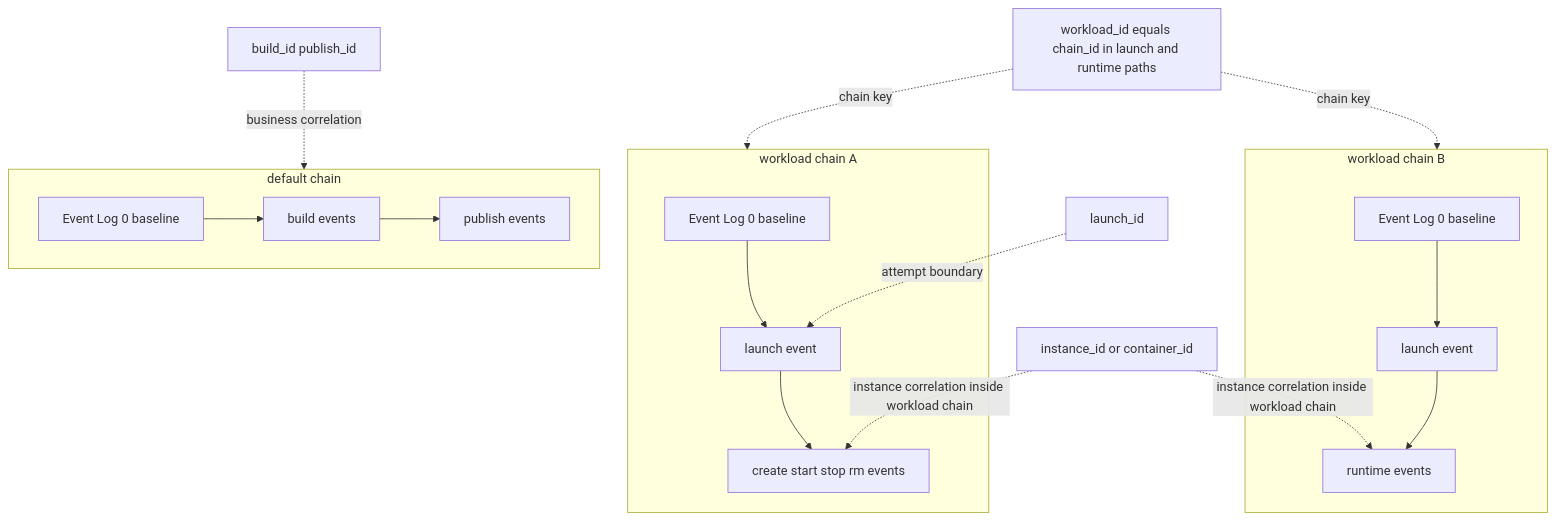
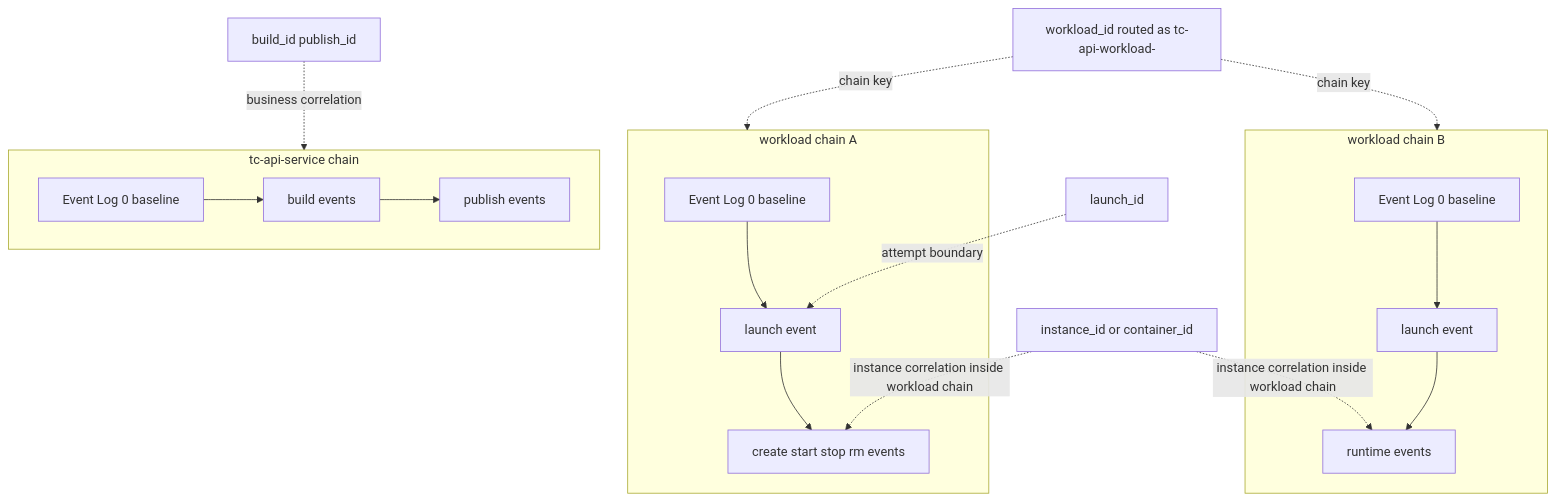
Before and after one commit to intel/confidential-computing-zoo: the fifth of 6 diagrams in docs/architecture.md, drawn with Mermaid. The commit also changed other lines of this file and 14 other files, not shown here.

````diff
--- a/docs/architecture.md
+++ b/docs/architecture.md
@@ -128,30 +128,30 @@
 ```mermaid
 flowchart TB
-  subgraph DEFAULT[default chain]
+  subgraph SERVICE[tc-api-service chain]
     d0[Event Log 0 baseline]
     d1[build events]
     d2[publish events]
     d0 --> d1 --> d2
   end
 
   subgraph W1[workload chain A]
     w10[Event Log 0 baseline]
     w11[launch event]
     w12[create start stop rm events]
     w10 --> w11 --> w12
   end
 
   subgraph W2[workload chain B]
     w20[Event Log 0 baseline]
     w21[launch event]
     w22[runtime events]
     w20 --> w21 --> w22
   end
 
-  buildid[build_id publish_id] -. business correlation .-> DEFAULT
-  workloadid[workload_id equals chain_id in launch and runtime paths] -. chain key .-> W1
+  buildid[build_id publish_id] -. business correlation .-> SERVICE
+  workloadid[workload_id routed as tc-api-workload-<workload_id>] -. chain key .-> W1
   workloadid -. chain key .-> W2
   launchid[launch_id] -. attempt boundary .-> w11
   instanceid[instance_id or container_id] -. instance correlation inside workload chain .-> w12
   instanceid -. instance correlation inside workload chain .-> w22
 ```
````
